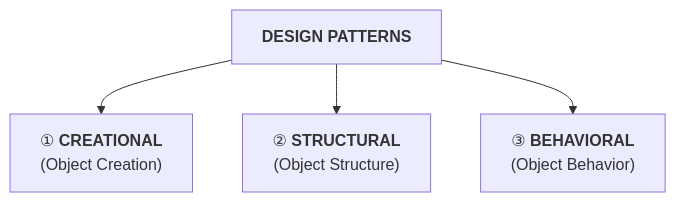
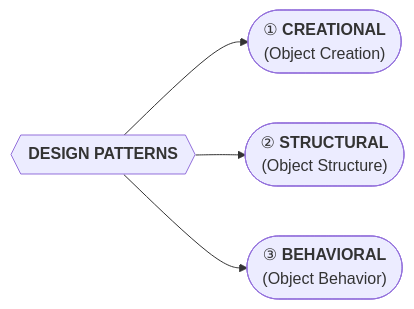
The second of 5 diagrams in docs/designpatterns/dp.md (saivamsikaruturi/vamsilabs-dev-notes-main), drawn with Mermaid before and after one commit. The commit also changed other lines of this file and 146 other files, not shown here.

Commit message:
Horizontal diagrams, UML class diagrams, typography overhaul, and permalink cleanup

````diff
--- a/docs/designpatterns/dp.md
+++ b/docs/designpatterns/dp.md
@@ -21,6 +21,6 @@
 ```mermaid
-flowchart TD
-    DP["<b>DESIGN PATTERNS</b>"] --> C["① <b>CREATIONAL</b><br/>(Object Creation)"]
-    DP --> S["② <b>STRUCTURAL</b><br/>(Object Structure)"]
-    DP --> B["③ <b>BEHAVIORAL</b><br/>(Object Behavior)"]
+flowchart LR
+    DP{{"<b>DESIGN PATTERNS</b>"}} --> C(["① <b>CREATIONAL</b><br/>(Object Creation)"])
+    DP --> S(["② <b>STRUCTURAL</b><br/>(Object Structure)"])
+    DP --> B(["③ <b>BEHAVIORAL</b><br/>(Object Behavior)"])
 ```
````
